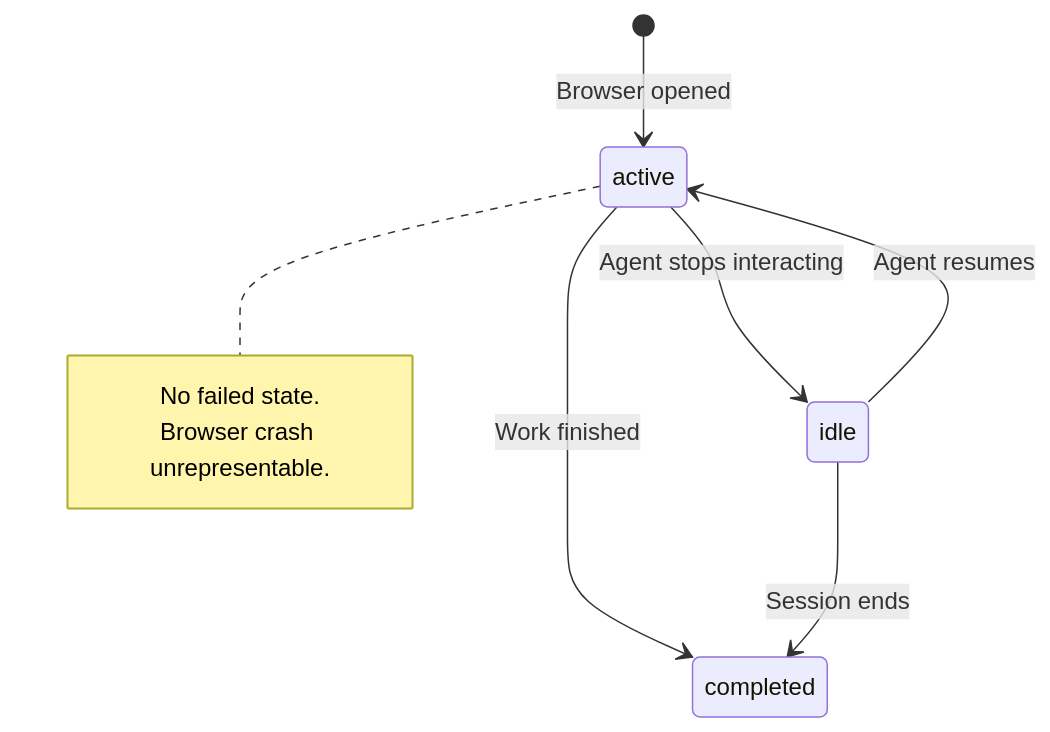
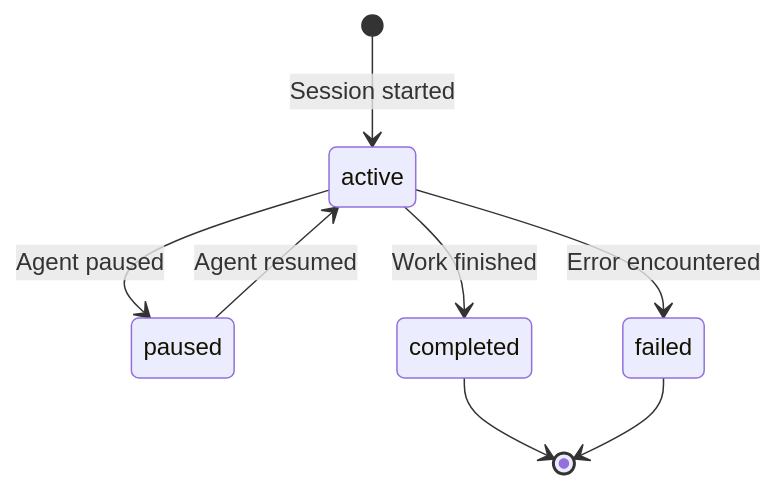
The seventh of 9 diagrams in docs/hci/state-model.md (45ck/mission-control-ui), drawn with Mermaid before and after one commit. The commit also changed other lines of this file and 51 other files, not shown here.

````diff
--- a/docs/hci/state-model.md
+++ b/docs/hci/state-model.md
@@ -515,13 +205,10 @@
 ```mermaid
 stateDiagram-v2
-    [*] --> active : Browser opened
-    active --> idle : Agent stops interacting
+    [*] --> active : Session started
+    active --> paused : Agent paused
+    paused --> active : Agent resumed
     active --> completed : Work finished
-    idle --> active : Agent resumes
-    idle --> completed : Session ends
-
-    note right of active
-        No failed state.
-        Browser crash unrepresentable.
-    end note
+    active --> failed : Error encountered
+    completed --> [*]
+    failed --> [*]
 ```
````
